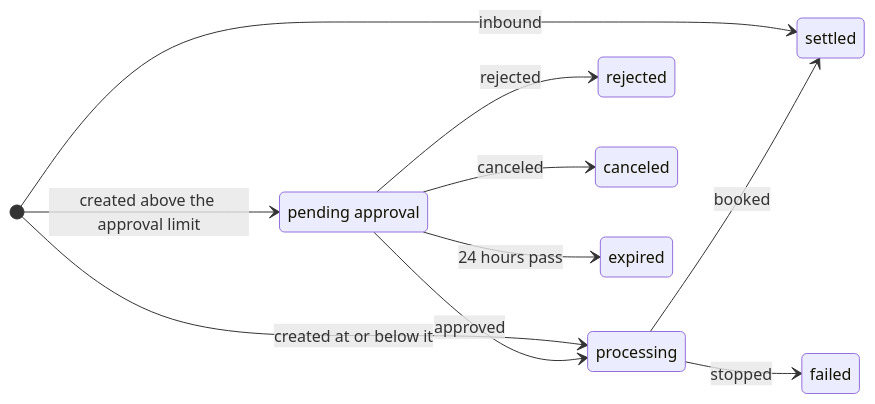
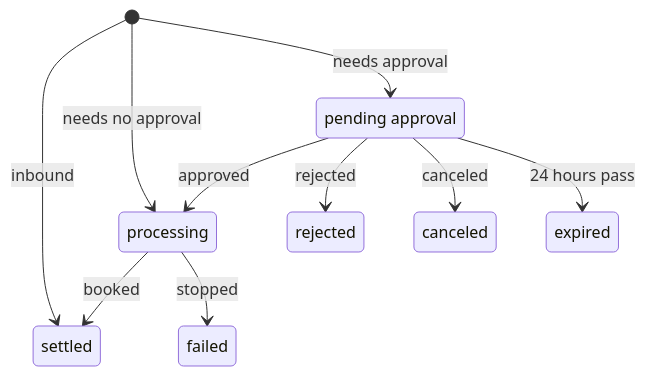
One commit to xFeuer/maker-checker changed the diagram in docs/domain.md. Above: the diagram before and after it, drawn with Mermaid.

Commit message:
fix: keep the state diagram clear of the GitHub diagram controls (#38)

````diff
--- a/docs/domain.md
+++ b/docs/domain.md
@@ -183,14 +183,14 @@
 ```mermaid
 stateDiagram-v2
-    direction LR
+    %% The order of the lines sets the layout. This one keeps both right corners empty, where GitHub puts its controls.
     state "pending approval" as pending
-    [*] --> pending: created above the approval limit
-    [*] --> processing: created at or below it
     [*] --> settled: inbound
+    [*] --> processing: needs no approval
+    [*] --> pending: needs approval
+    processing --> settled: booked
+    processing --> failed: stopped
     pending --> processing: approved
     pending --> rejected: rejected
     pending --> canceled: canceled
     pending --> expired: 24 hours pass
-    processing --> settled: booked
-    processing --> failed: stopped
 ```
````
